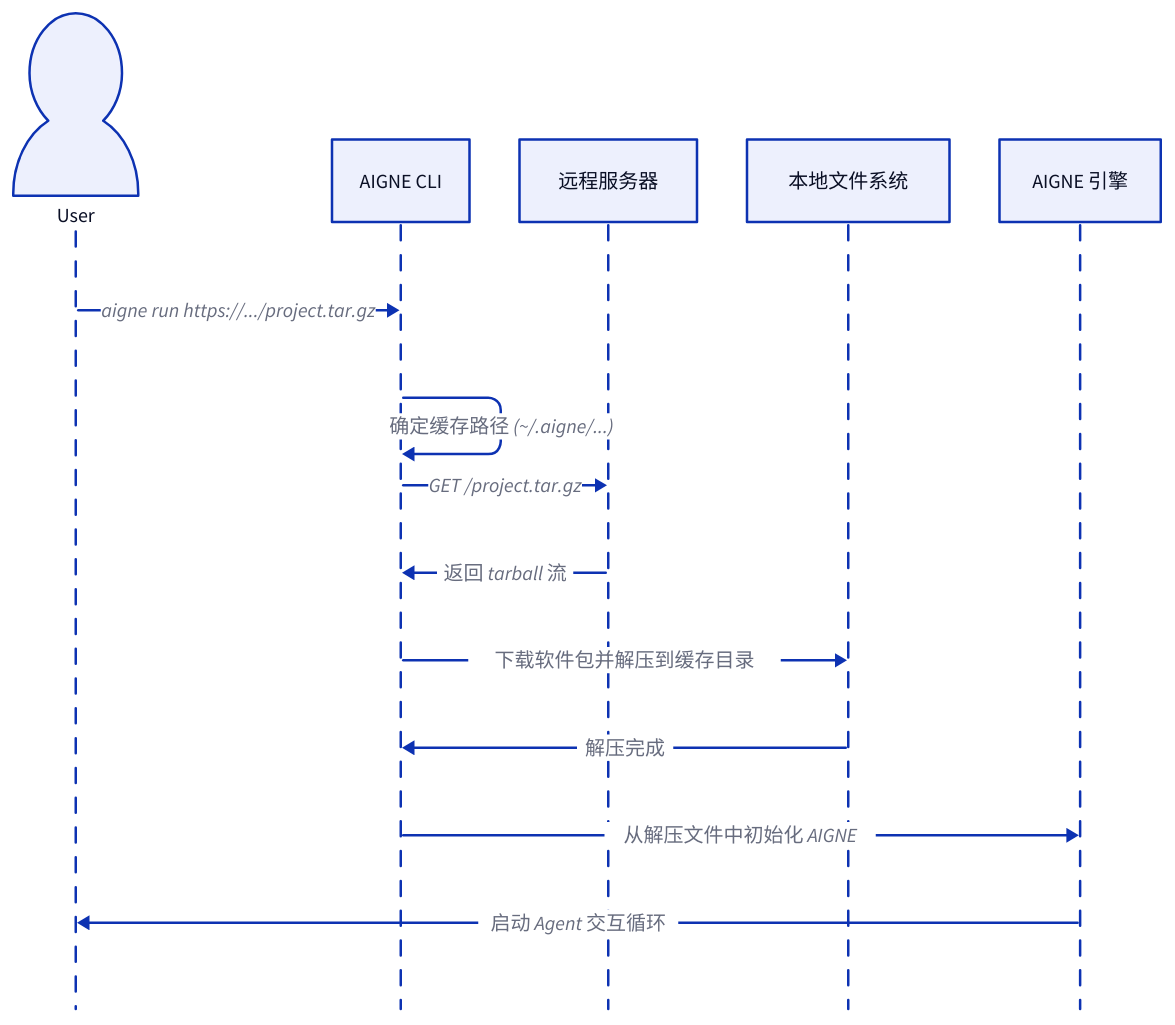
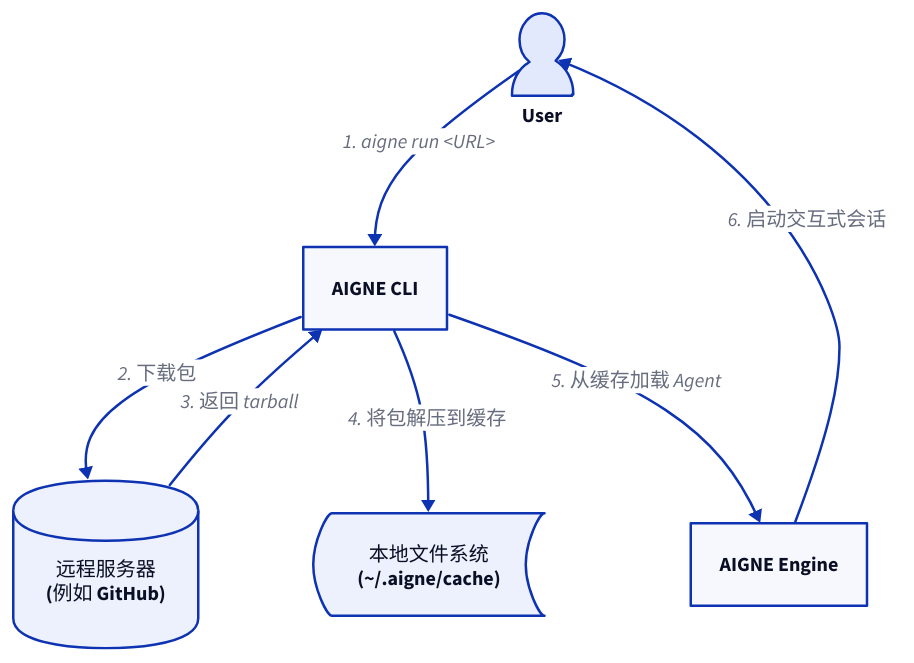
Before and after one commit to AIGNE-io/aigne-framework: the diagram in packages/cli/docs/guides-running-remote-agents.zh.md, drawn with D2. The commit also changed other lines of this file and 38 other files, not shown here.

````diff
--- a/packages/cli/docs/guides-running-remote-agents.zh.md
+++ b/packages/cli/docs/guides-running-remote-agents.zh.md
@@ -33,20 +33,35 @@
 ```d2
 direction: down
 
-shape: sequence_diagram
+User: { 
+  shape: person 
+}
 
-User: { shape: person }
-AIGNE_CLI: "AIGNE CLI"
-RemoteServer: "远程服务器"
-FileSystem: "本地文件系统"
-AIGNE_Engine: "AIGNE 引擎"
+AIGNE-CLI: {
+  label: "AIGNE CLI"
+  shape: rectangle
+}
 
-User -> AIGNE_CLI: "aigne run https://.../project.tar.gz"
-AIGNE_CLI -> AIGNE_CLI: "确定缓存路径 (~/.aigne/...)"
-AIGNE_CLI -> RemoteServer: "GET /project.tar.gz"
-RemoteServer -> AIGNE_CLI: "返回 tarball 流"
-AIGNE_CLI -> FileSystem: "下载软件包并解压到缓存目录"
-FileSystem -> AIGNE_CLI: "解压完成"
-AIGNE_CLI -> AIGNE_Engine: "从解压文件中初始化 AIGNE"
-AIGNE_Engine -> User: "启动 Agent 交互循环"
+Remote-Server: {
+  label: "远程服务器\n(例如 GitHub)"
+  shape: cylinder
+}
+
+Local-Cache: {
+  label: "本地文件系统\n(~/.aigne/cache)"
+  shape: stored_data
+}
+
+AIGNE-Engine: {
+  label: "AIGNE Engine"
+  shape: rectangle
+}
+
+User -> AIGNE-CLI: "1. aigne run <URL>"
+AIGNE-CLI -> Remote-Server: "2. 下载包"
+Remote-Server -> AIGNE-CLI: "3. 返回 tarball"
+AIGNE-CLI -> Local-Cache: "4. 将包解压到缓存"
+AIGNE-CLI -> AIGNE-Engine: "5. 从缓存加载 Agent"
+AIGNE-Engine -> User: "6. 启动交互式会话"
+
 ```
````
